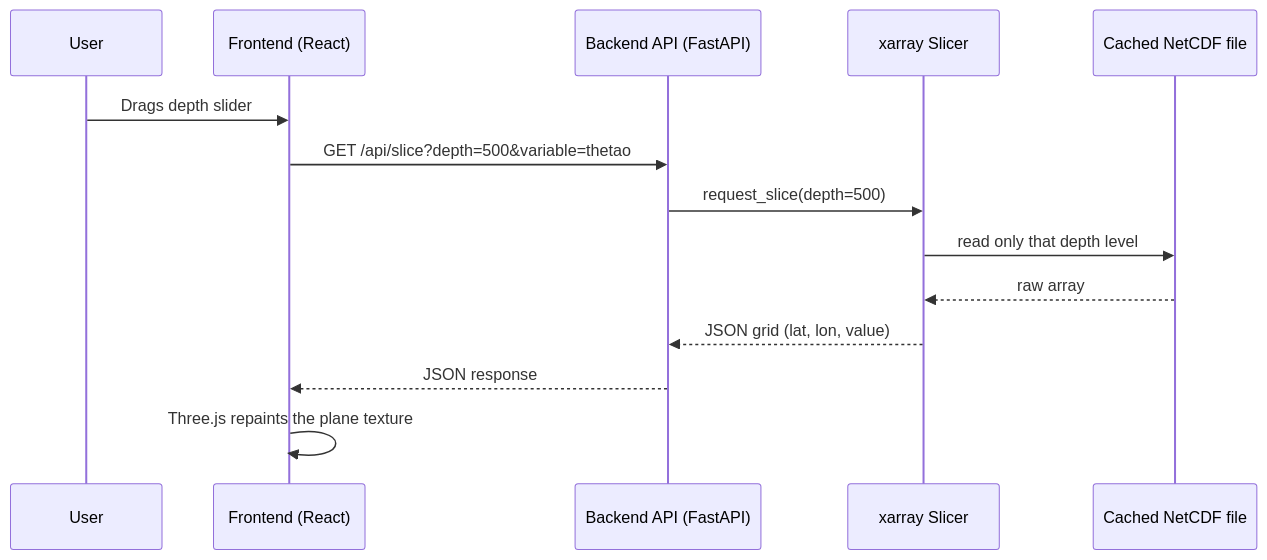
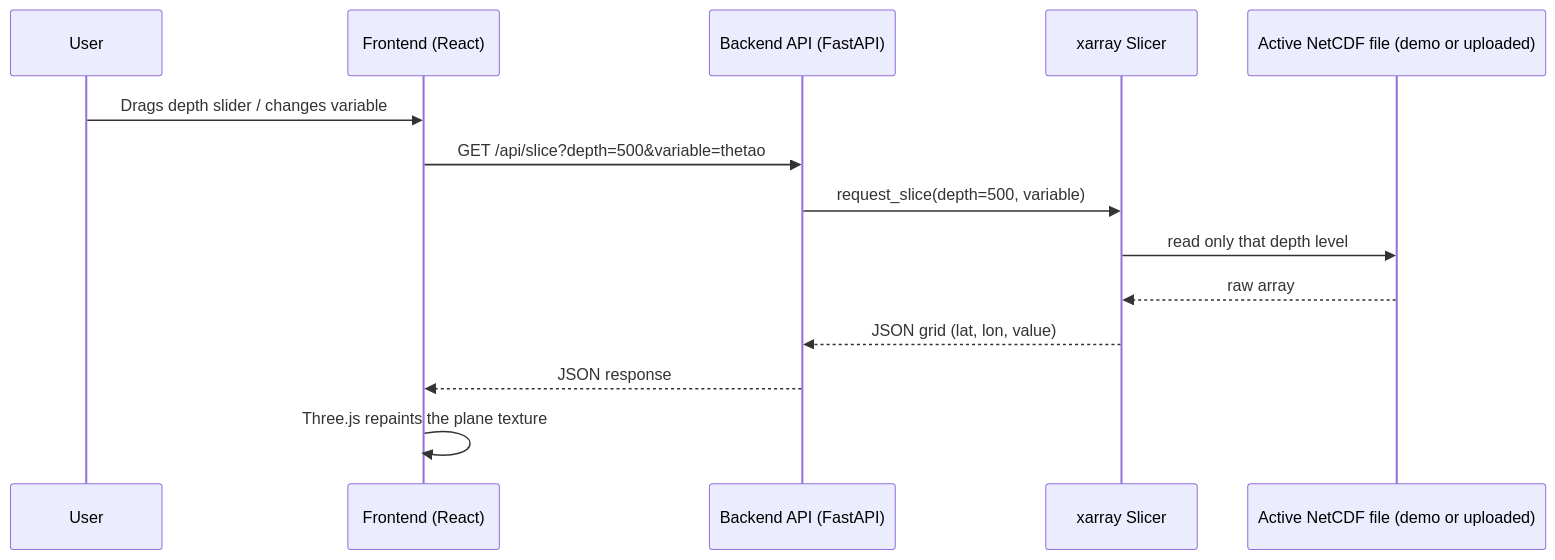
Before and after one commit to Tanishktewetia/incois-ocean-3d-viz: the second of 2 diagrams in ARCHITECTURE.md, drawn with Mermaid. The commit also changed other lines of this file, not shown here.

Commit message:
Update project architecture and phase plan

````diff
--- a/ARCHITECTURE.md
+++ b/ARCHITECTURE.md
@@ -80,17 +114,17 @@
 ```mermaid
 sequenceDiagram
     participant U as User
     participant F as Frontend (React)
     participant A as Backend API (FastAPI)
     participant X as xarray Slicer
-    participant N as Cached NetCDF file
+    participant N as Active NetCDF file (demo or uploaded)
 
-    U->>F: Drags depth slider
+    U->>F: Drags depth slider / changes variable
     F->>A: GET /api/slice?depth=500&variable=thetao
-    A->>X: request_slice(depth=500)
+    A->>X: request_slice(depth=500, variable)
     X->>N: read only that depth level
     N-->>X: raw array
     X-->>A: JSON grid (lat, lon, value)
     A-->>F: JSON response
     F->>F: Three.js repaints the plane texture
 ```
````
